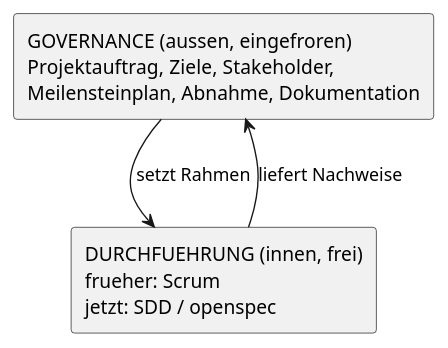
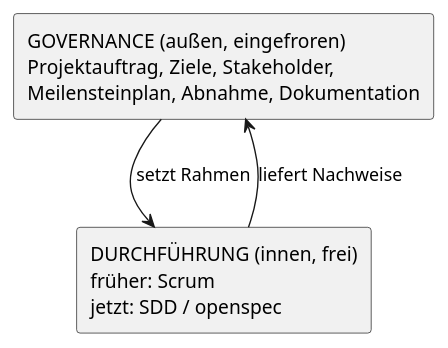
The first of 2 diagrams in openspec/changes/define-syp3-curriculum/design.md (htl-leonding-college/curriculum-syp3), drawn with PlantUML before and after one commit. The commit also changed other lines of this file and 83 other files, not shown here.

````diff
--- a/openspec/changes/define-syp3-curriculum/design.md
+++ b/openspec/changes/define-syp3-curriculum/design.md
@@ -52,10 +52,10 @@
 ```plantuml
 @startuml
 skinparam monochrome true
 skinparam shadowing false
-rectangle "GOVERNANCE (aussen, eingefroren)\nProjektauftrag, Ziele, Stakeholder,\nMeilensteinplan, Abnahme, Dokumentation" as G
-rectangle "DURCHFUEHRUNG (innen, frei)\nfrueher: Scrum\njetzt: SDD / openspec" as D
+rectangle "GOVERNANCE (außen, eingefroren)\nProjektauftrag, Ziele, Stakeholder,\nMeilensteinplan, Abnahme, Dokumentation" as G
+rectangle "DURCHFÜHRUNG (innen, frei)\nfrüher: Scrum\njetzt: SDD / openspec" as D
 G -down-> D : setzt Rahmen
 D -up-> G : liefert Nachweise
 @enduml
 ```
````
